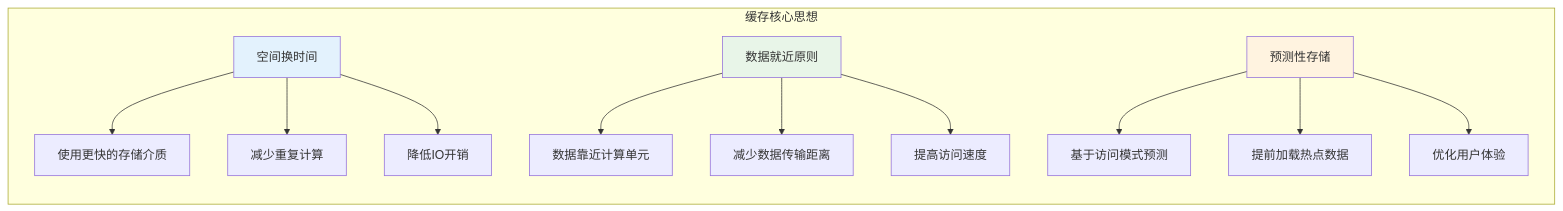
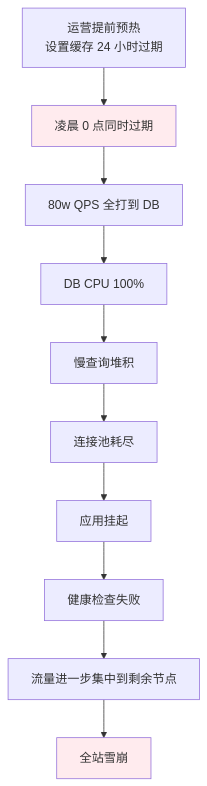
One commit to chongyang211/YCBookBlog changed the first of 16 diagrams in 00.通用技术的提升/07.方案设计思想/卷二-数据与存储/07.缓存架构设计思想.md. Above: the diagram before and after it, drawn with Mermaid. The commit also changed other lines of this file and 44 other files, not shown here.

````diff
--- a/00.通用技术的提升/07.方案设计思想/卷二-数据与存储/07.缓存架构设计思想.md
+++ b/00.通用技术的提升/07.方案设计思想/卷二-数据与存储/07.缓存架构设计思想.md
@@ -91,20 +66,15 @@
 ```mermaid
-graph LR
-    subgraph "缓存核心思想"
-        A[空间换时间] --> A1[使用更快的存储介质]
-        A --> A2[减少重复计算]
-        A --> A3[降低IO开销]
-        
-        B[数据就近原则] --> B1[数据靠近计算单元]
-        B --> B2[减少数据传输距离]
-        B --> B3[提高访问速度]
-        
-        C[预测性存储] --> C1[基于访问模式预测]
-        C --> C2[提前加载热点数据]
-        C --> C3[优化用户体验]
-    end
+flowchart TD
+    A[运营提前预热<br/>设置缓存 24 小时过期] --> B[凌晨 0 点同时过期]
+    B --> C[80w QPS 全打到 DB]
+    C --> D[DB CPU 100%]
+    D --> E[慢查询堆积]
+    E --> F[连接池耗尽]
+    F --> G[应用挂起]
+    G --> H[健康检查失败]
+    H --> I[流量进一步集中到剩余节点]
+    I --> J[全站雪崩]
     
-    style A fill:#e3f2fd
-    style B fill:#e8f5e8
-    style C fill:#fff3e0
+    style B fill:#ffebee
+    style J fill:#ffebee
 ```
````
